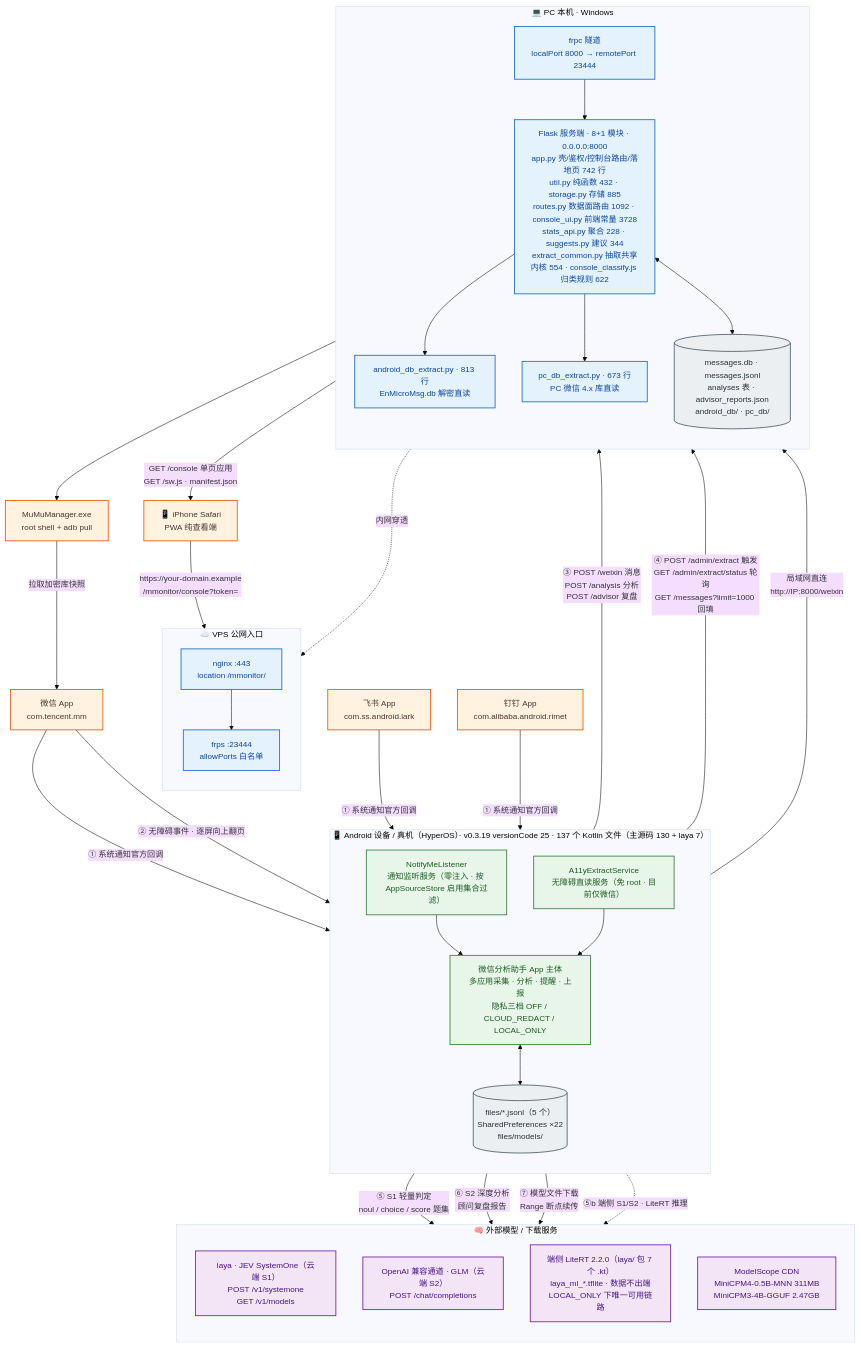
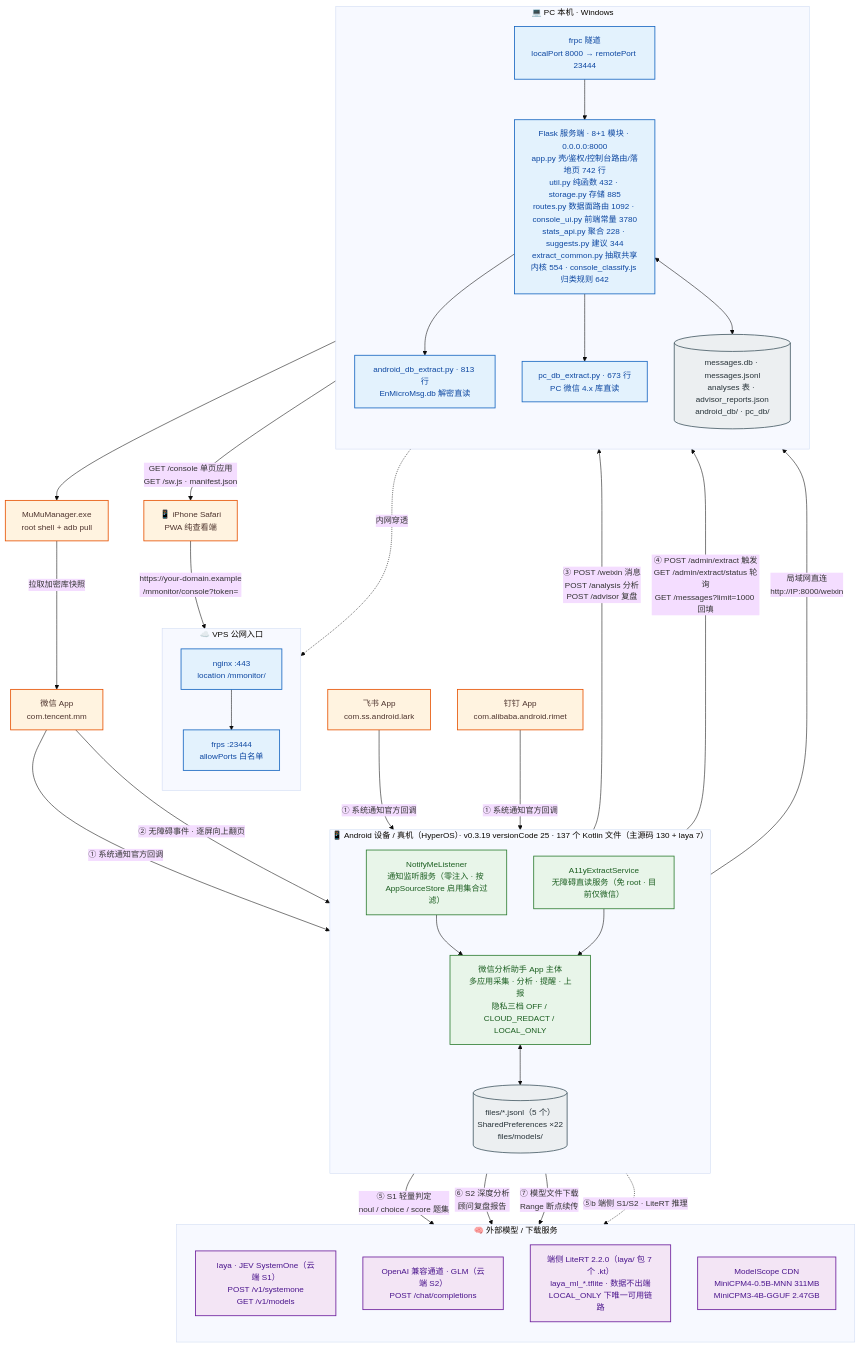
Before and after one commit to solidjoker/notifyme: the diagram in docs/architecture/diagrams/01-system-context.mmd, drawn with Mermaid. The commit also changed 14 other files, not shown here.

```diff
--- a/docs/architecture/diagrams/01-system-context.mmd
+++ b/docs/architecture/diagrams/01-system-context.mmd
@@ -1,70 +1,70 @@
 %%{init: {'theme':'base','themeVariables':{'fontSize':'15px','fontFamily':'Microsoft YaHei, PingFang SC, sans-serif'},'flowchart':{'htmlLabels':true,'curve':'basis'}}}%%
 flowchart TB
     classDef ext  fill:#fff3e0,stroke:#e65100,stroke-width:1.5px,color:#4e342e
     classDef app  fill:#e8f5e9,stroke:#2e7d32,stroke-width:1.5px,color:#1b5e20
     classDef srv  fill:#e3f2fd,stroke:#1565c0,stroke-width:1.5px,color:#0d47a1
     classDef llm  fill:#f3e5f5,stroke:#6a1b9a,stroke-width:1.5px,color:#4a148c
     classDef store fill:#eceff1,stroke:#455a64,stroke-width:1.5px,color:#263238
 
     WX["微信 App<br/>com.tencent.mm"]:::ext
     FS["飞书 App<br/>com.ss.android.lark"]:::ext
     DT["钉钉 App<br/>com.alibaba.android.rimet"]:::ext
 
     subgraph DEV["📱 Android 设备 / 真机（HyperOS）· v0.3.19 versionCode 25 · 137 个 Kotlin 文件（主源码 130 + laya 7）"]
         direction TB
         NL["NotifyMeListener<br/>通知监听服务（零注入 · 按 AppSourceStore 启用集合过滤）"]:::app
         A11Y["A11yExtractService<br/>无障碍直读服务（免 root · 目前仅微信）"]:::app
         CORE["微信分析助手 App 主体<br/>多应用采集 · 分析 · 提醒 · 上报<br/>隐私三档 OFF / CLOUD_REDACT / LOCAL_ONLY"]:::app
         STORE[("files/*.jsonl（5 个）<br/>SharedPreferences ×22<br/>files/models/")]:::store
         NL --> CORE
         A11Y --> CORE
         CORE <--> STORE
     end
 
     subgraph HOST["💻 PC 本机 · Windows"]
         direction TB
-        FLASK["Flask 服务端 · 8+1 模块 · 0.0.0.0:8000<br/>app.py 壳/鉴权/控制台路由/落地页 742 行<br/>util.py 纯函数 432 · storage.py 存储 885<br/>routes.py 数据面路由 1092 · console_ui.py 前端常量 3728<br/>stats_api.py 聚合 228 · suggests.py 建议 344<br/>extract_common.py 抽取共享内核 554 · console_classify.js 归类规则 622"]:::srv
+        FLASK["Flask 服务端 · 8+1 模块 · 0.0.0.0:8000<br/>app.py 壳/鉴权/控制台路由/落地页 742 行<br/>util.py 纯函数 432 · storage.py 存储 885<br/>routes.py 数据面路由 1092 · console_ui.py 前端常量 3780<br/>stats_api.py 聚合 228 · suggests.py 建议 344<br/>extract_common.py 抽取共享内核 554 · console_classify.js 归类规则 642"]:::srv
         ADBEX["android_db_extract.py · 813 行<br/>EnMicroMsg.db 解密直读"]:::srv
         PCEX["pc_db_extract.py · 673 行<br/>PC 微信 4.x 库直读"]:::srv
         DB[("messages.db · messages.jsonl<br/>analyses 表 · advisor_reports.json<br/>android_db/ · pc_db/")]:::store
         FRPC["frpc 隧道<br/>localPort 8000 → remotePort 23444"]:::srv
         FLASK --> ADBEX
         FLASK --> PCEX
         FLASK <--> DB
         FRPC --> FLASK
     end
 
     subgraph VPS["☁️ VPS 公网入口"]
         direction TB
         NGINX["nginx :443<br/>location /mmonitor/"]:::srv
         FRPS["frps :23444<br/>allowPorts 白名单"]:::srv
         NGINX --> FRPS
     end
 
     subgraph AI["🧠 外部模型 / 下载服务"]
         direction TB
         LAYA["laya · JEV SystemOne（云端 S1）<br/>POST /v1/systemone<br/>GET /v1/models"]:::llm
         GLM["OpenAI 兼容通道 · GLM（云端 S2）<br/>POST /chat/completions"]:::llm
         LITE["端侧 LiteRT 2.2.0（laya/ 包 7 个 .kt）<br/>laya_ml_*.tflite · 数据不出端<br/>LOCAL_ONLY 下唯一可用链路"]:::llm
         MS["ModelScope CDN<br/>MiniCPM4-0.5B-MNN 311MB<br/>MiniCPM3-4B-GGUF 2.47GB"]:::llm
     end
 
     MUMU["MuMuManager.exe<br/>root shell + adb pull"]:::ext
     IPHONE["📱 iPhone Safari<br/>PWA 纯查看端"]:::ext
 
     WX -->|"① 系统通知官方回调"| NL
     FS -->|"① 系统通知官方回调"| NL
     DT -->|"① 系统通知官方回调"| NL
     WX -->|"② 无障碍事件 · 逐屏向上翻页"| A11Y
     CORE -->|"③ POST /weixin 消息<br/>POST /analysis 分析<br/>POST /advisor 复盘"| FLASK
     CORE -->|"④ POST /admin/extract 触发<br/>GET /admin/extract/status 轮询<br/>GET /messages?limit=1000 回填"| FLASK
     CORE -->|"⑤ S1 轻量判定<br/>noul / choice / score 题集"| LAYA
     CORE -->|"⑥ S2 深度分析<br/>顾问复盘报告"| GLM
     CORE -->|"⑦ 模型文件下载<br/>Range 断点续传"| MS
     CORE -.->|"⑤b 端侧 S1/S2 · LiteRT 推理"| LITE
     ADBEX --> MUMU
     MUMU -->|"拉取加密库快照"| WX
     CORE -->|"局域网直连<br/>http://IP:8000/weixin"| FLASK
     FRPC -.->|"内网穿透"| FRPS
     IPHONE -->|"https://your-domain.example<br/>/mmonitor/console?token="| NGINX
     FLASK -->|"GET /console 单页应用<br/>GET /sw.js · manifest.json"| IPHONE
```
